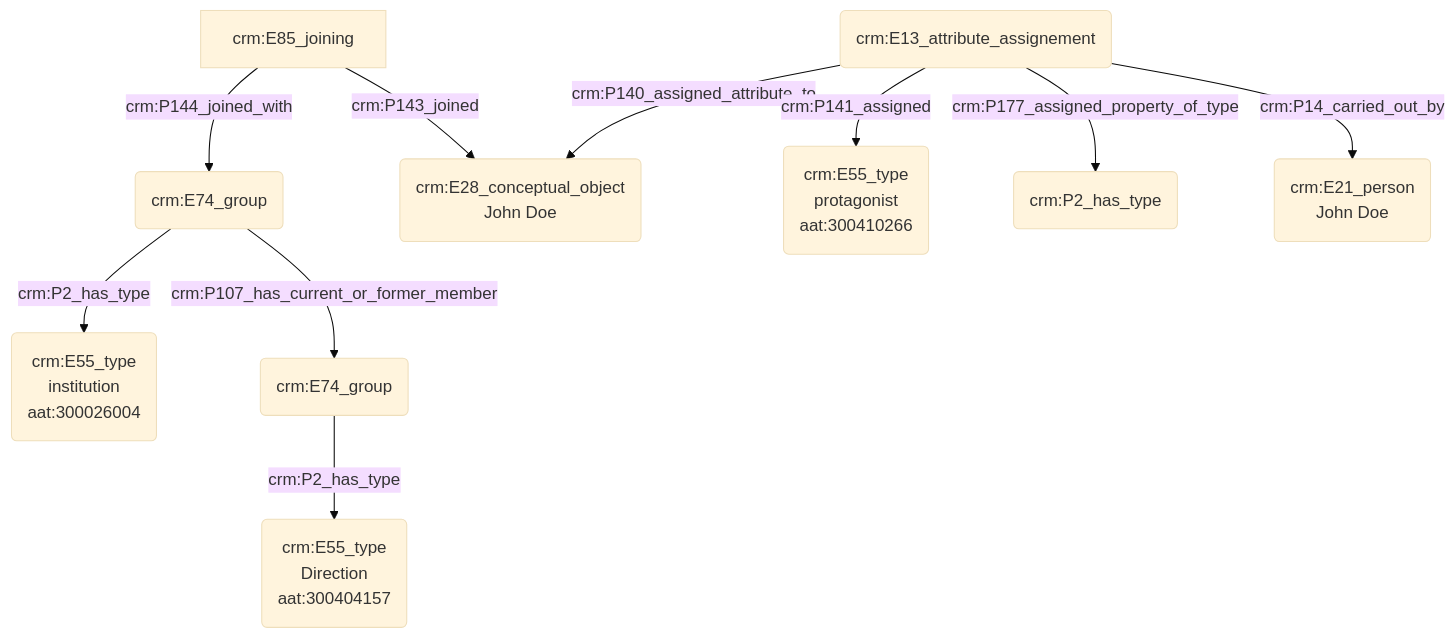
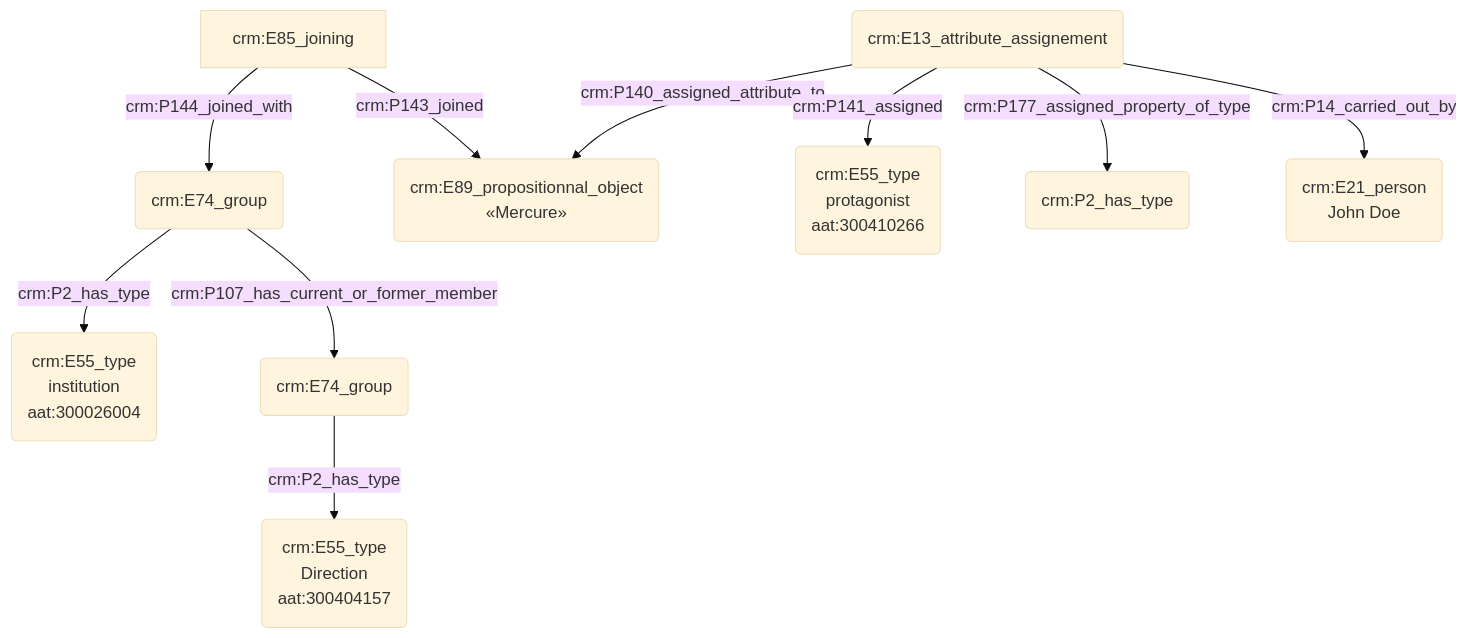
The diagram in modules/livrables/Dossier 2/Indexation conceptuelle/statut et fonction d'une personne fictive.md (Amleth/consortium-musica2-gt2-ontologies), drawn with Mermaid (base theme) before and after one commit.

Commit message:
Update statut et fonction d'une personne fictive.md

````diff
--- a/modules/livrables/Dossier 2/Indexation conceptuelle/statut et fonction d'une personne fictive.md
+++ b/modules/livrables/Dossier 2/Indexation conceptuelle/statut et fonction d'une personne fictive.md
@@ -13,15 +13,15 @@
 ```mermaid
 graph TD;
 
 M(crm:E74_group) -->|crm:P2_has_type| N(crm:E55_type<br>institution<br>aat:300026004)
 U[crm:E85_joining] --> |crm:P144_joined_with| M(crm:E74_group)
 M(crm:E74_group) --> |crm:P107_has_current_or_former_member| S(crm:E74_group)
 S(crm:E74_group) --> |crm:P2_has_type| T(crm:E55_type<br>Direction<br>aat:300404157)
-U[crm:E85_joining] -->|crm:P143_joined| K(crm:E28_conceptual_object<br>John Doe)
+U[crm:E85_joining] -->|crm:P143_joined| K(crm:E28_propositionnal_object<br>«Mercure»)
 
-R(crm:E13_attribute_assignement) --> |crm:P140_assigned_attribute_to| K(crm:E28_conceptual_object<br>John Doe)
+R(crm:E13_attribute_assignement) --> |crm:P140_assigned_attribute_to| K(crm:E89_propositionnal_object<br>«Mercure»)
 R(crm:E13_attribute_assignement) --> |crm:P141_assigned| C(crm:E55_type<br>protagonist<br>aat:300410266)
 R(crm:E13_attribute_assignement) --> |crm:P177_assigned_property_of_type| V(crm:P2_has_type)
 R(crm:E13_attribute_assignement) --> |crm:P14_carried_out_by| W(crm:E21_person<br>John Doe)
 
 ```
````
